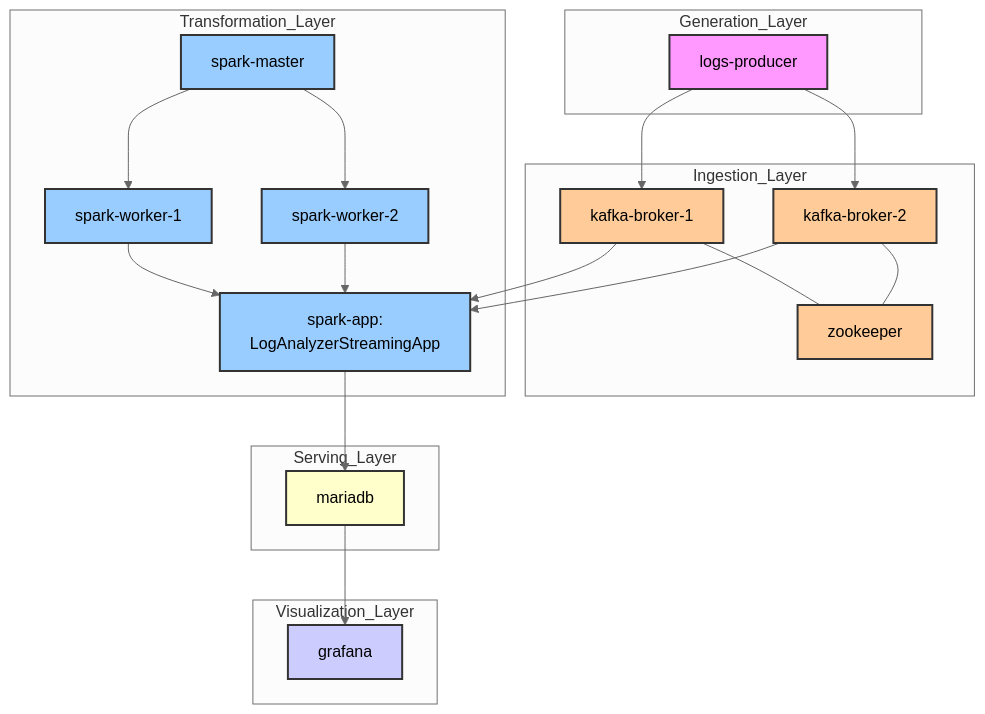
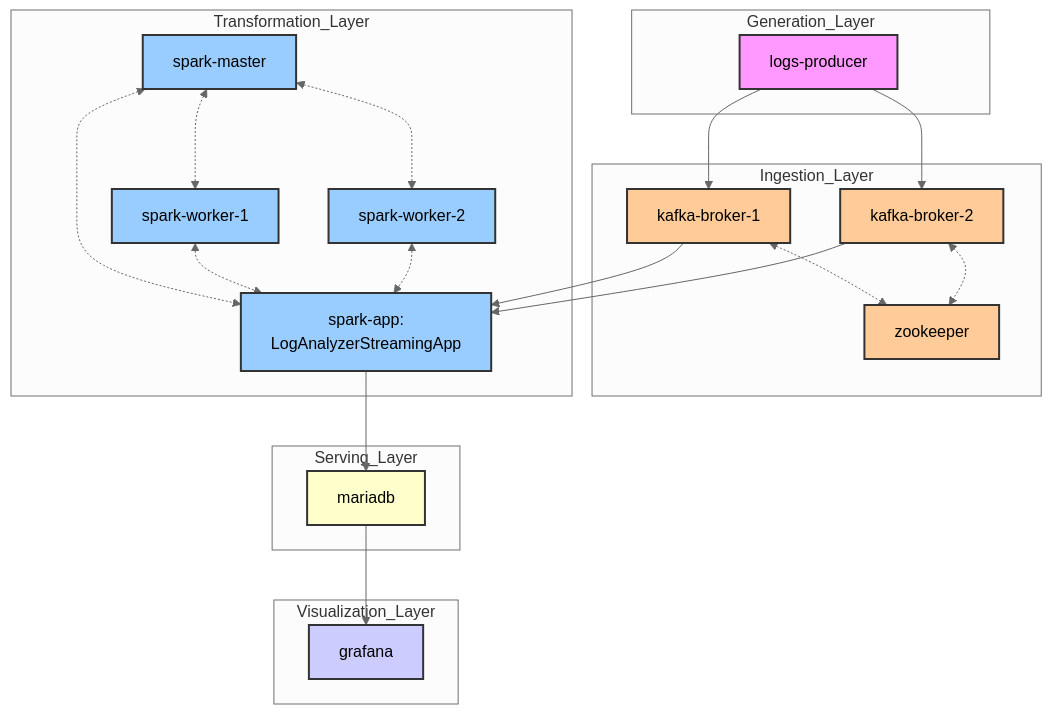
One commit to SchierleLukas/big-data-engineering changed the diagram in README.md. Above: the diagram before and after it, drawn with Mermaid (neutral theme). The commit also changed other lines of this file, not shown here.

Commit message:
docs: update README.md for improved diagram clarity and access instructions

````diff
--- a/README.md
+++ b/README.md
@@ -15,51 +15,52 @@
 ```mermaid
 graph TD
     subgraph Generation_Layer
         A[logs-producer]
     end
 
     subgraph Ingestion_Layer
         B1[kafka-broker-1]
         B2[kafka-broker-2]
         Z[zookeeper]
         A --> B1
         A --> B2
-        B1 --- Z
-        B2 --- Z
+        B1 <-.-> Z
+        B2 <-.-> Z
     end
 
     subgraph Transformation_Layer
         M1[spark-master]
         W1[spark-worker-1]
         W2[spark-worker-2]
         C[spark-app:
 LogAnalyzerStreamingApp]
-        M1 --> W1
-        M1 --> W2
-        W1 --> C
-        W2 --> C
+        M1 <-.-> W1
+        M1 <-.-> W2
+        M1 <-.-> C
+        W1 <-.-> C
+        W2 <-.-> C
         B1 --> C
         B2 --> C
     end
 
     subgraph Serving_Layer
         M[mariadb]
         C --> M
     end
 
     subgraph Visualization_Layer
         G[grafana]
         M --> G
     end
 
     style A fill:#f9f,stroke:#333,stroke-width:2px
     style B1 fill:#fc9,stroke:#333,stroke-width:2px
     style B2 fill:#fc9,stroke:#333,stroke-width:2px
     style Z fill:#fc9,stroke:#333,stroke-width:2px
     style C fill:#9cf,stroke:#333,stroke-width:2px
     style M fill:#ffc,stroke:#333,stroke-width:2px
     style G fill:#ccf,stroke:#333,stroke-width:2px
     style M1 fill:#9cf,stroke:#333,stroke-width:2px
     style W1 fill:#9cf,stroke:#333,stroke-width:2px
     style W2 fill:#9cf,stroke:#333,stroke-width:2px
 ```
````
